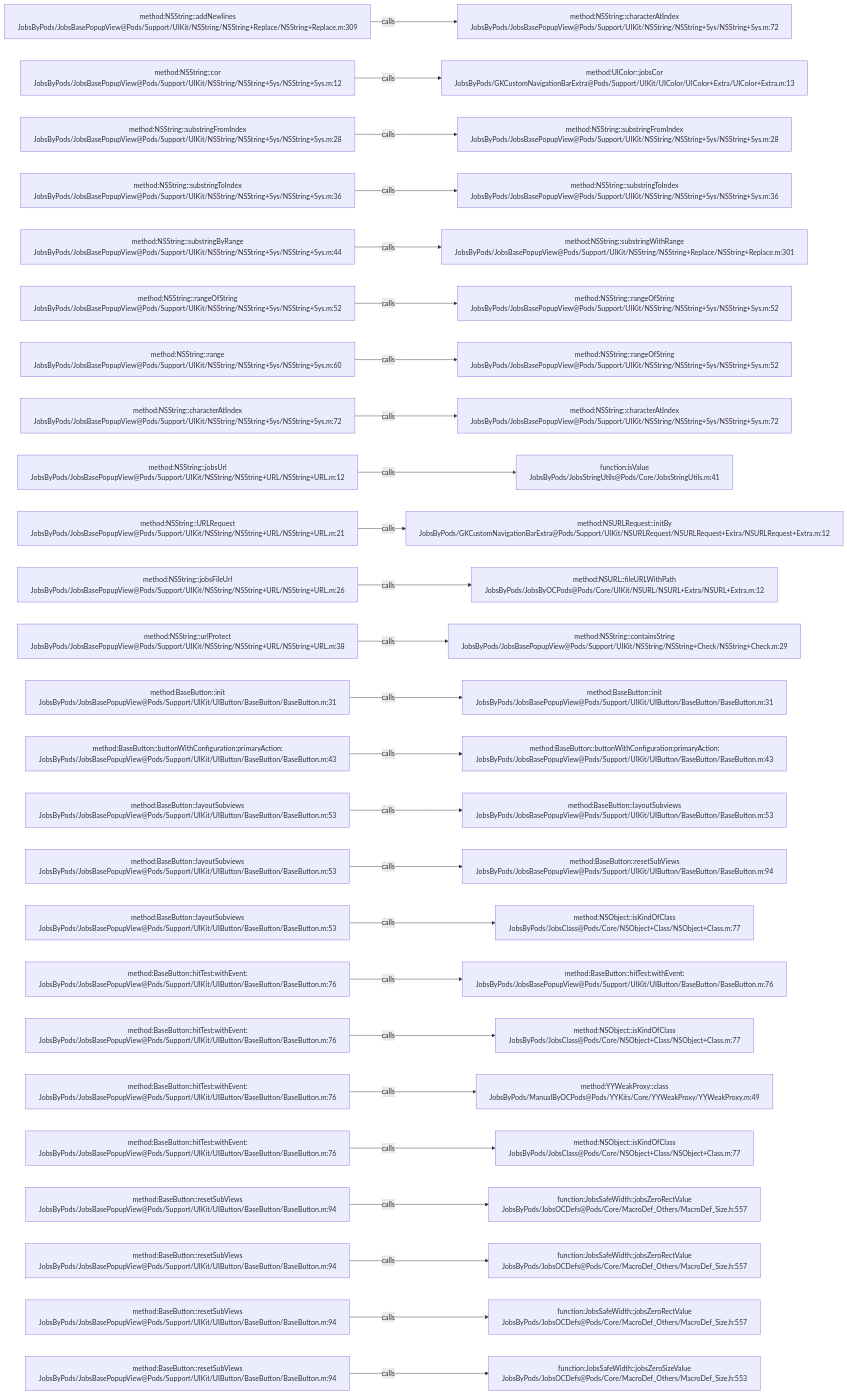
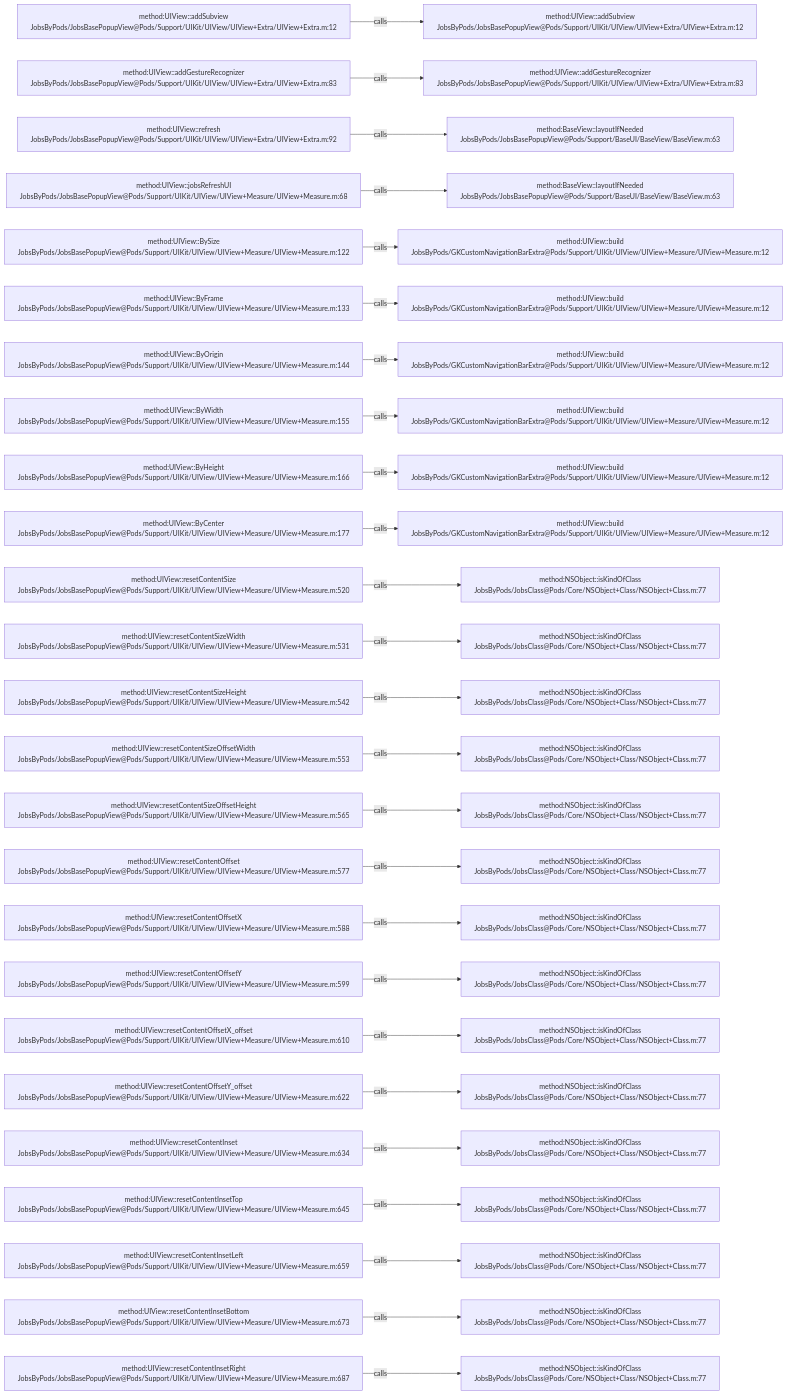
One commit to JobsKits/JobsOCBaseConfigDemo changed the diagram in .codegraph/codegraph.md/graphs/calls-026.md. Above: the diagram before and after it, drawn with Mermaid. The commit also changed 1026 other files, not shown here.

````diff
--- a/.codegraph/codegraph.md/graphs/calls-026.md
+++ b/.codegraph/codegraph.md/graphs/calls-026.md
@@ -13,78 +13,78 @@
 ```mermaid
 flowchart LR
-  S1["method:NSString::addNewlines<br/>JobsByPods/JobsBasePopupView@Pods/Support/UIKit/NSString/NSString+Replace/NSString+Replace.m:309"]
-  T1["method:NSString::characterAtIndex<br/>JobsByPods/JobsBasePopupView@Pods/Support/UIKit/NSString/NSString+Sys/NSString+Sys.m:72"]
+  S1["method:UIView::addSubview<br/>JobsByPods/JobsBasePopupView@Pods/Support/UIKit/UIView/UIView+Extra/UIView+Extra.m:12"]
+  T1["method:UIView::addSubview<br/>JobsByPods/JobsBasePopupView@Pods/Support/UIKit/UIView/UIView+Extra/UIView+Extra.m:12"]
   S1 -->|calls| T1
-  S2["method:NSString::cor<br/>JobsByPods/JobsBasePopupView@Pods/Support/UIKit/NSString/NSString+Sys/NSString+Sys.m:12"]
-  T2["method:UIColor::jobsCor<br/>JobsByPods/GKCustomNavigationBarExtra@Pods/Support/UIKit/UIColor/UIColor+Extra/UIColor+Extra.m:13"]
+  S2["method:UIView::addGestureRecognizer<br/>JobsByPods/JobsBasePopupView@Pods/Support/UIKit/UIView/UIView+Extra/UIView+Extra.m:83"]
+  T2["method:UIView::addGestureRecognizer<br/>JobsByPods/JobsBasePopupView@Pods/Support/UIKit/UIView/UIView+Extra/UIView+Extra.m:83"]
   S2 -->|calls| T2
-  S3["method:NSString::substringFromIndex<br/>JobsByPods/JobsBasePopupView@Pods/Support/UIKit/NSString/NSString+Sys/NSString+Sys.m:28"]
-  T3["method:NSString::substringFromIndex<br/>JobsByPods/JobsBasePopupView@Pods/Support/UIKit/NSString/NSString+Sys/NSString+Sys.m:28"]
+  S3["method:UIView::refresh<br/>JobsByPods/JobsBasePopupView@Pods/Support/UIKit/UIView/UIView+Extra/UIView+Extra.m:92"]
+  T3["method:BaseView::layoutIfNeeded<br/>JobsByPods/JobsBasePopupView@Pods/Support/BaseUI/BaseView/BaseView.m:63"]
   S3 -->|calls| T3
-  S4["method:NSString::substringToIndex<br/>JobsByPods/JobsBasePopupView@Pods/Support/UIKit/NSString/NSString+Sys/NSString+Sys.m:36"]
-  T4["method:NSString::substringToIndex<br/>JobsByPods/JobsBasePopupView@Pods/Support/UIKit/NSString/NSString+Sys/NSString+Sys.m:36"]
+  S4["method:UIView::jobsRefreshUI<br/>JobsByPods/JobsBasePopupView@Pods/Support/UIKit/UIView/UIView+Measure/UIView+Measure.m:68"]
+  T4["method:BaseView::layoutIfNeeded<br/>JobsByPods/JobsBasePopupView@Pods/Support/BaseUI/BaseView/BaseView.m:63"]
   S4 -->|calls| T4
-  S5["method:NSString::substringByRange<br/>JobsByPods/JobsBasePopupView@Pods/Support/UIKit/NSString/NSString+Sys/NSString+Sys.m:44"]
-  T5["method:NSString::substringWithRange<br/>JobsByPods/JobsBasePopupView@Pods/Support/UIKit/NSString/NSString+Replace/NSString+Replace.m:301"]
+  S5["method:UIView::BySize<br/>JobsByPods/JobsBasePopupView@Pods/Support/UIKit/UIView/UIView+Measure/UIView+Measure.m:122"]
+  T5["method:UIView::build<br/>JobsByPods/GKCustomNavigationBarExtra@Pods/Support/UIKit/UIView/UIView+Measure/UIView+Measure.m:12"]
   S5 -->|calls| T5
-  S6["method:NSString::rangeOfString<br/>JobsByPods/JobsBasePopupView@Pods/Support/UIKit/NSString/NSString+Sys/NSString+Sys.m:52"]
-  T6["method:NSString::rangeOfString<br/>JobsByPods/JobsBasePopupView@Pods/Support/UIKit/NSString/NSString+Sys/NSString+Sys.m:52"]
+  S6["method:UIView::ByFrame<br/>JobsByPods/JobsBasePopupView@Pods/Support/UIKit/UIView/UIView+Measure/UIView+Measure.m:133"]
+  T6["method:UIView::build<br/>JobsByPods/GKCustomNavigationBarExtra@Pods/Support/UIKit/UIView/UIView+Measure/UIView+Measure.m:12"]
   S6 -->|calls| T6
-  S7["method:NSString::range<br/>JobsByPods/JobsBasePopupView@Pods/Support/UIKit/NSString/NSString+Sys/NSString+Sys.m:60"]
-  T7["method:NSString::rangeOfString<br/>JobsByPods/JobsBasePopupView@Pods/Support/UIKit/NSString/NSString+Sys/NSString+Sys.m:52"]
+  S7["method:UIView::ByOrigin<br/>JobsByPods/JobsBasePopupView@Pods/Support/UIKit/UIView/UIView+Measure/UIView+Measure.m:144"]
+  T7["method:UIView::build<br/>JobsByPods/GKCustomNavigationBarExtra@Pods/Support/UIKit/UIView/UIView+Measure/UIView+Measure.m:12"]
   S7 -->|calls| T7
-  S8["method:NSString::characterAtIndex<br/>JobsByPods/JobsBasePopupView@Pods/Support/UIKit/NSString/NSString+Sys/NSString+Sys.m:72"]
-  T8["method:NSString::characterAtIndex<br/>JobsByPods/JobsBasePopupView@Pods/Support/UIKit/NSString/NSString+Sys/NSString+Sys.m:72"]
+  S8["method:UIView::ByWidth<br/>JobsByPods/JobsBasePopupView@Pods/Support/UIKit/UIView/UIView+Measure/UIView+Measure.m:155"]
+  T8["method:UIView::build<br/>JobsByPods/GKCustomNavigationBarExtra@Pods/Support/UIKit/UIView/UIView+Measure/UIView+Measure.m:12"]
   S8 -->|calls| T8
-  S9["method:NSString::jobsUrl<br/>JobsByPods/JobsBasePopupView@Pods/Support/UIKit/NSString/NSString+URL/NSString+URL.m:12"]
-  T9["function:isValue<br/>JobsByPods/JobsStringUtils@Pods/Core/JobsStringUtils.m:41"]
+  S9["method:UIView::ByHeight<br/>JobsByPods/JobsBasePopupView@Pods/Support/UIKit/UIView/UIView+Measure/UIView+Measure.m:166"]
+  T9["method:UIView::build<br/>JobsByPods/GKCustomNavigationBarExtra@Pods/Support/UIKit/UIView/UIView+Measure/UIView+Measure.m:12"]
   S9 -->|calls| T9
-  S10["method:NSString::URLRequest<br/>JobsByPods/JobsBasePopupView@Pods/Support/UIKit/NSString/NSString+URL/NSString+URL.m:21"]
-  T10["method:NSURLRequest::initBy<br/>JobsByPods/GKCustomNavigationBarExtra@Pods/Support/UIKit/NSURLRequest/NSURLRequest+Extra/NSURLRequest+Extra.m:12"]
+  S10["method:UIView::ByCenter<br/>JobsByPods/JobsBasePopupView@Pods/Support/UIKit/UIView/UIView+Measure/UIView+Measure.m:177"]
+  T10["method:UIView::build<br/>JobsByPods/GKCustomNavigationBarExtra@Pods/Support/UIKit/UIView/UIView+Measure/UIView+Measure.m:12"]
   S10 -->|calls| T10
-  S11["method:NSString::jobsFileUrl<br/>JobsByPods/JobsBasePopupView@Pods/Support/UIKit/NSString/NSString+URL/NSString+URL.m:26"]
-  T11["method:NSURL::fileURLWithPath<br/>JobsByPods/JobsByOCPods@Pods/Core/UIKit/NSURL/NSURL+Extra/NSURL+Extra.m:12"]
+  S11["method:UIView::resetContentSize<br/>JobsByPods/JobsBasePopupView@Pods/Support/UIKit/UIView/UIView+Measure/UIView+Measure.m:520"]
+  T11["method:NSObject::isKindOfClass<br/>JobsByPods/JobsClass@Pods/Core/NSObject+Class/NSObject+Class.m:77"]
   S11 -->|calls| T11
-  S12["method:NSString::urlProtect<br/>JobsByPods/JobsBasePopupView@Pods/Support/UIKit/NSString/NSString+URL/NSString+URL.m:38"]
-  T12["method:NSString::containsString<br/>JobsByPods/JobsBasePopupView@Pods/Support/UIKit/NSString/NSString+Check/NSString+Check.m:29"]
+  S12["method:UIView::resetContentSizeWidth<br/>JobsByPods/JobsBasePopupView@Pods/Support/UIKit/UIView/UIView+Measure/UIView+Measure.m:531"]
+  T12["method:NSObject::isKindOfClass<br/>JobsByPods/JobsClass@Pods/Core/NSObject+Class/NSObject+Class.m:77"]
   S12 -->|calls| T12
-  S13["method:BaseButton::init<br/>JobsByPods/JobsBasePopupView@Pods/Support/UIKit/UIButton/BaseButton/BaseButton.m:31"]
-  T13["method:BaseButton::init<br/>JobsByPods/JobsBasePopupView@Pods/Support/UIKit/UIButton/BaseButton/BaseButton.m:31"]
+  S13["method:UIView::resetContentSizeHeight<br/>JobsByPods/JobsBasePopupView@Pods/Support/UIKit/UIView/UIView+Measure/UIView+Measure.m:542"]
+  T13["method:NSObject::isKindOfClass<br/>JobsByPods/JobsClass@Pods/Core/NSObject+Class/NSObject+Class.m:77"]
   S13 -->|calls| T13
-  S14["method:BaseButton::buttonWithConfiguration:primaryAction:<br/>JobsByPods/JobsBasePopupView@Pods/Support/UIKit/UIButton/BaseButton/BaseButton.m:43"]
-  T14["method:BaseButton::buttonWithConfiguration:primaryAction:<br/>JobsByPods/JobsBasePopupView@Pods/Support/UIKit/UIButton/BaseButton/BaseButton.m:43"]
+  S14["method:UIView::resetContentSizeOffsetWidth<br/>JobsByPods/JobsBasePopupView@Pods/Support/UIKit/UIView/UIView+Measure/UIView+Measure.m:553"]
+  T14["method:NSObject::isKindOfClass<br/>JobsByPods/JobsClass@Pods/Core/NSObject+Class/NSObject+Class.m:77"]
   S14 -->|calls| T14
-  S15["method:BaseButton::layoutSubviews<br/>JobsByPods/JobsBasePopupView@Pods/Support/UIKit/UIButton/BaseButton/BaseButton.m:53"]
-  T15["method:BaseButton::layoutSubviews<br/>JobsByPods/JobsBasePopupView@Pods/Support/UIKit/UIButton/BaseButton/BaseButton.m:53"]
+  S15["method:UIView::resetContentSizeOffsetHeight<br/>JobsByPods/JobsBasePopupView@Pods/Support/UIKit/UIView/UIView+Measure/UIView+Measure.m:565"]
+  T15["method:NSObject::isKindOfClass<br/>JobsByPods/JobsClass@Pods/Core/NSObject+Class/NSObject+Class.m:77"]
   S15 -->|calls| T15
-  S16["method:BaseButton::layoutSubviews<br/>JobsByPods/JobsBasePopupView@Pods/Support/UIKit/UIButton/BaseButton/BaseButton.m:53"]
-  T16["method:BaseButton::resetSubViews<br/>JobsByPods/JobsBasePopupView@Pods/Support/UIKit/UIButton/BaseButton/BaseButton.m:94"]
+  S16["method:UIView::resetContentOffset<br/>JobsByPods/JobsBasePopupView@Pods/Support/UIKit/UIView/UIView+Measure/UIView+Measure.m:577"]
+  T16["method:NSObject::isKindOfClass<br/>JobsByPods/JobsClass@Pods/Core/NSObject+Class/NSObject+Class.m:77"]
   S16 -->|calls| T16
-  S17["method:BaseButton::layoutSubviews<br/>JobsByPods/JobsBasePopupView@Pods/Support/UIKit/UIButton/BaseButton/BaseButton.m:53"]
+  S17["method:UIView::resetContentOffsetX<br/>JobsByPods/JobsBasePopupView@Pods/Support/UIKit/UIView/UIView+Measure/UIView+Measure.m:588"]
   T17["method:NSObject::isKindOfClass<br/>JobsByPods/JobsClass@Pods/Core/NSObject+Class/NSObject+Class.m:77"]
   S17 -->|calls| T17
-  S18["method:BaseButton::hitTest:withEvent:<br/>JobsByPods/JobsBasePopupView@Pods/Support/UIKit/UIButton/BaseButton/BaseButton.m:76"]
-  T18["method:BaseButton::hitTest:withEvent:<br/>JobsByPods/JobsBasePopupView@Pods/Support/UIKit/UIButton/BaseButton/BaseButton.m:76"]
+  S18["method:UIView::resetContentOffsetY<br/>JobsByPods/JobsBasePopupView@Pods/Support/UIKit/UIView/UIView+Measure/UIView+Measure.m:599"]
+  T18["method:NSObject::isKindOfClass<br/>JobsByPods/JobsClass@Pods/Core/NSObject+Class/NSObject+Class.m:77"]
   S18 -->|calls| T18
-  S19["method:BaseButton::hitTest:withEvent:<br/>JobsByPods/JobsBasePopupView@Pods/Support/UIKit/UIButton/BaseButton/BaseButton.m:76"]
+  S19["method:UIView::resetContentOffsetX_offset<br/>JobsByPods/JobsBasePopupView@Pods/Support/UIKit/UIView/UIView+Measure/UIView+Measure.m:610"]
   T19["method:NSObject::isKindOfClass<br/>JobsByPods/JobsClass@Pods/Core/NSObject+Class/NSObject+Class.m:77"]
   S19 -->|calls| T19
-  S20["method:BaseButton::hitTest:withEvent:<br/>JobsByPods/JobsBasePopupView@Pods/Support/UIKit/UIButton/BaseButton/BaseButton.m:76"]
-  T20["method:YYWeakProxy::class<br/>JobsByPods/ManualByOCPods@Pods/YYKits/Core/YYWeakProxy/YYWeakProxy.m:49"]
+  S20["method:UIView::resetContentOffsetY_offset<br/>JobsByPods/JobsBasePopupView@Pods/Support/UIKit/UIView/UIView+Measure/UIView+Measure.m:622"]
+  T20["method:NSObject::isKindOfClass<br/>JobsByPods/JobsClass@Pods/Core/NSObject+Class/NSObject+Class.m:77"]
   S20 -->|calls| T20
-  S21["method:BaseButton::hitTest:withEvent:<br/>JobsByPods/JobsBasePopupView@Pods/Support/UIKit/UIButton/BaseButton/BaseButton.m:76"]
+  S21["method:UIView::resetContentInset<br/>JobsByPods/JobsBasePopupView@Pods/Support/UIKit/UIView/UIView+Measure/UIView+Measure.m:634"]
   T21["method:NSObject::isKindOfClass<br/>JobsByPods/JobsClass@Pods/Core/NSObject+Class/NSObject+Class.m:77"]
   S21 -->|calls| T21
-  S22["method:BaseButton::resetSubViews<br/>JobsByPods/JobsBasePopupView@Pods/Support/UIKit/UIButton/BaseButton/BaseButton.m:94"]
-  T22["function:JobsSafeWidth::jobsZeroRectValue<br/>JobsByPods/JobsOCDefs@Pods/Core/MacroDef_Others/MacroDef_Size.h:557"]
+  S22["method:UIView::resetContentInsetTop<br/>JobsByPods/JobsBasePopupView@Pods/Support/UIKit/UIView/UIView+Measure/UIView+Measure.m:645"]
+  T22["method:NSObject::isKindOfClass<br/>JobsByPods/JobsClass@Pods/Core/NSObject+Class/NSObject+Class.m:77"]
   S22 -->|calls| T22
-  S23["method:BaseButton::resetSubViews<br/>JobsByPods/JobsBasePopupView@Pods/Support/UIKit/UIButton/BaseButton/BaseButton.m:94"]
-  T23["function:JobsSafeWidth::jobsZeroRectValue<br/>JobsByPods/JobsOCDefs@Pods/Core/MacroDef_Others/MacroDef_Size.h:557"]
+  S23["method:UIView::resetContentInsetLeft<br/>JobsByPods/JobsBasePopupView@Pods/Support/UIKit/UIView/UIView+Measure/UIView+Measure.m:659"]
+  T23["method:NSObject::isKindOfClass<br/>JobsByPods/JobsClass@Pods/Core/NSObject+Class/NSObject+Class.m:77"]
   S23 -->|calls| T23
-  S24["method:BaseButton::resetSubViews<br/>JobsByPods/JobsBasePopupView@Pods/Support/UIKit/UIButton/BaseButton/BaseButton.m:94"]
-  T24["function:JobsSafeWidth::jobsZeroRectValue<br/>JobsByPods/JobsOCDefs@Pods/Core/MacroDef_Others/MacroDef_Size.h:557"]
+  S24["method:UIView::resetContentInsetBottom<br/>JobsByPods/JobsBasePopupView@Pods/Support/UIKit/UIView/UIView+Measure/UIView+Measure.m:673"]
+  T24["method:NSObject::isKindOfClass<br/>JobsByPods/JobsClass@Pods/Core/NSObject+Class/NSObject+Class.m:77"]
   S24 -->|calls| T24
-  S25["method:BaseButton::resetSubViews<br/>JobsByPods/JobsBasePopupView@Pods/Support/UIKit/UIButton/BaseButton/BaseButton.m:94"]
-  T25["function:JobsSafeWidth::jobsZeroSizeValue<br/>JobsByPods/JobsOCDefs@Pods/Core/MacroDef_Others/MacroDef_Size.h:553"]
+  S25["method:UIView::resetContentInsetRight<br/>JobsByPods/JobsBasePopupView@Pods/Support/UIKit/UIView/UIView+Measure/UIView+Measure.m:687"]
+  T25["method:NSObject::isKindOfClass<br/>JobsByPods/JobsClass@Pods/Core/NSObject+Class/NSObject+Class.m:77"]
   S25 -->|calls| T25
 ```
````
